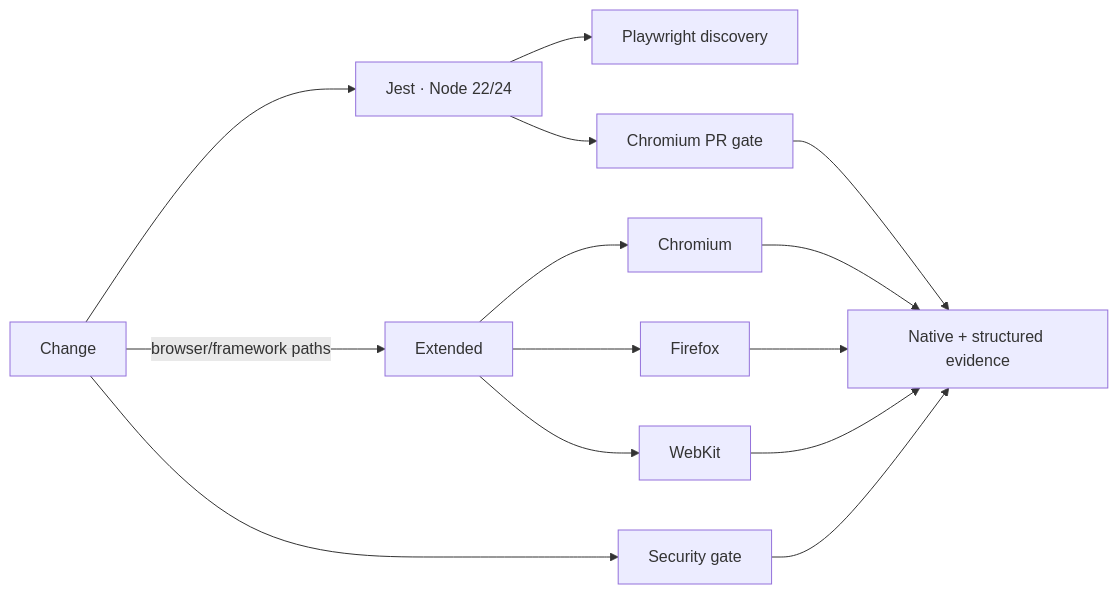
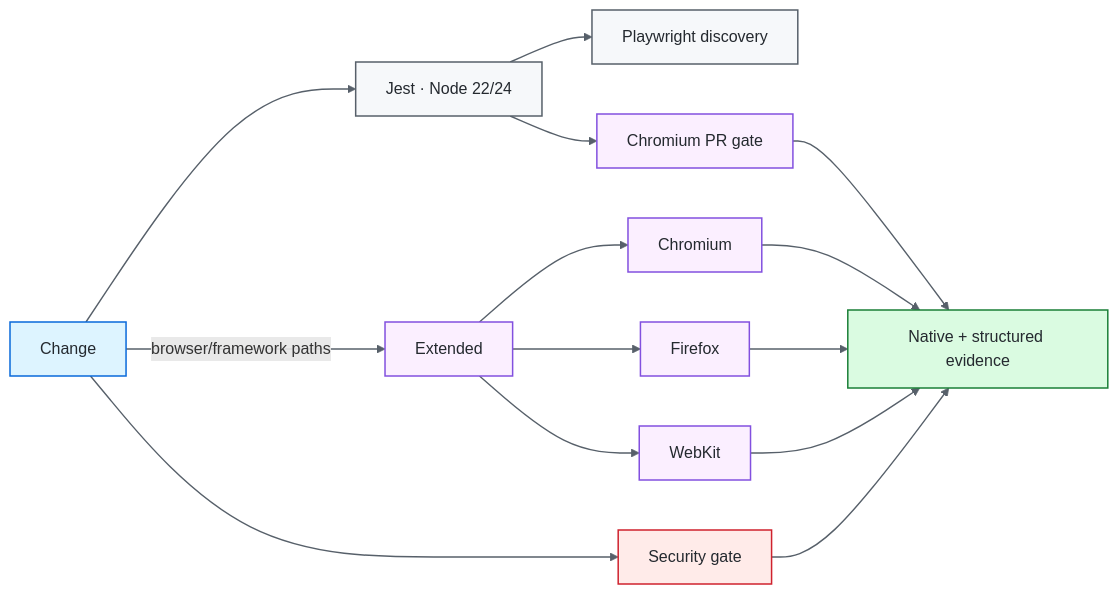
The first of 3 diagrams in README.md (portyu9/qa-automation-node-playwright), drawn with Mermaid before and after one commit. The commit also changed other lines of this file, not shown here.

Commit message:
Polish badges and Mermaid diagrams (#15)

````diff
--- a/README.md
+++ b/README.md
@@ -36,16 +34,28 @@
 ```mermaid
 flowchart LR
     CHANGE[Change] --> FAST[Jest · Node 22/24]
     FAST --> LIST[Playwright discovery]
     FAST --> CH[Chromium PR gate]
     CHANGE --> SEC[Security gate]
     CHANGE -->|browser/framework paths| EXT[Extended]
     EXT --> C[Chromium]
     EXT --> F[Firefox]
     EXT --> W[WebKit]
     CH --> EV[Native + structured evidence]
     C --> EV
     F --> EV
     W --> EV
     SEC --> EV
+
+    classDef entry fill:#ddf4ff,stroke:#0969da,color:#24292f,stroke-width:1.5px;
+    classDef core fill:#f6f8fa,stroke:#57606a,color:#24292f,stroke-width:1.5px;
+    classDef gate fill:#fbefff,stroke:#8250df,color:#24292f,stroke-width:1.5px;
+    classDef evidence fill:#dafbe1,stroke:#1a7f37,color:#24292f,stroke-width:1.5px;
+    classDef security fill:#ffebe9,stroke:#cf222e,color:#24292f,stroke-width:1.5px;
+    class CHANGE entry;
+    class FAST,LIST core;
+    class CH,EXT,C,F,W gate;
+    class SEC security;
+    class EV evidence;
+    linkStyle default stroke:#57606a,stroke-width:1.4px;
 ```
````
